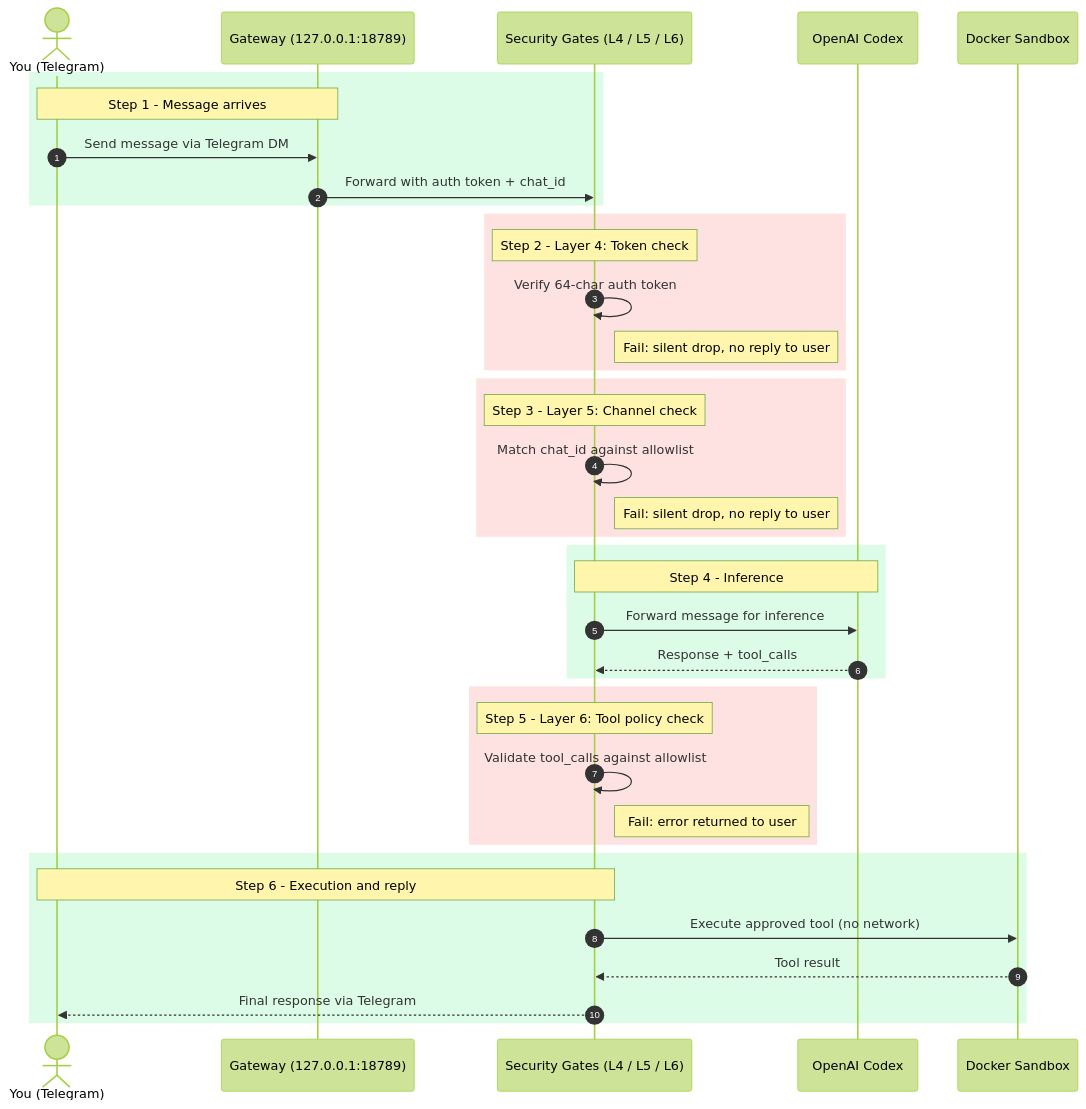
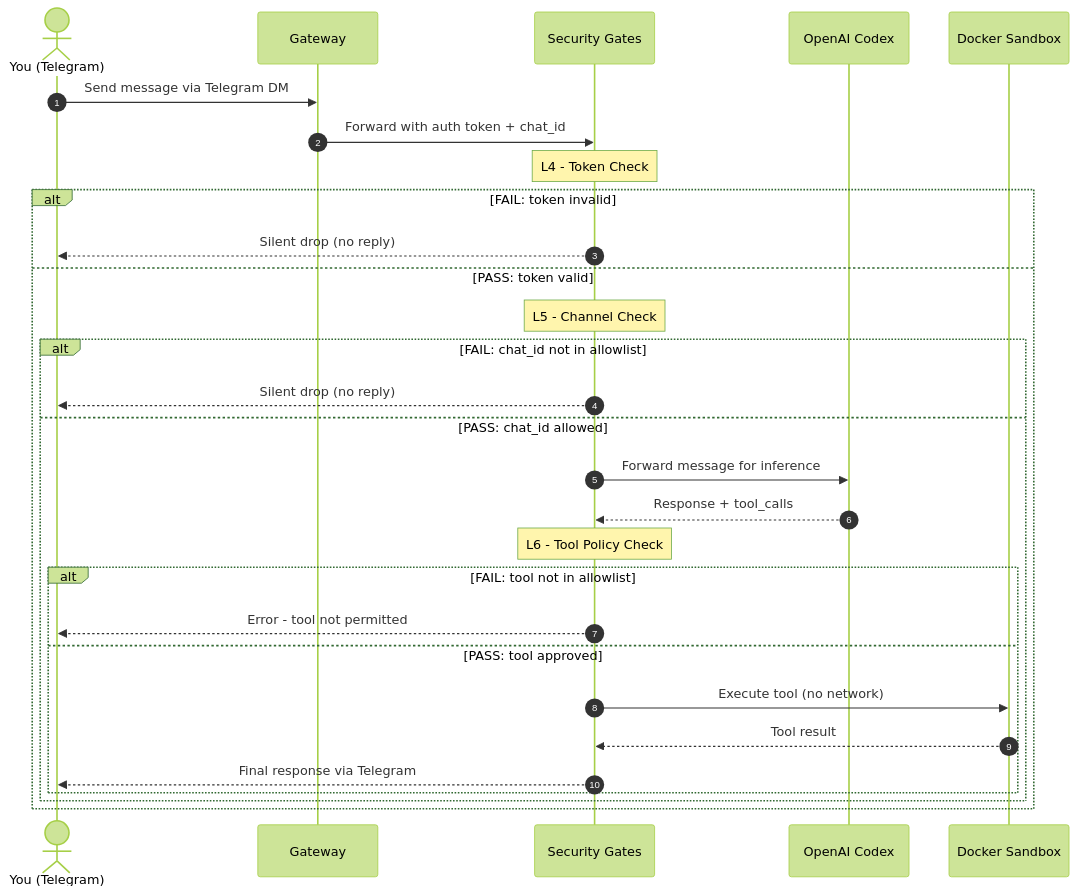
Before and after one commit to vishal8shah/openclaw-personal-ai-agent: the third of 4 diagrams in docs-site/docs/security.md, drawn with Mermaid (forest theme). The commit also changed other lines of this file, not shown here.

Commit message:
docs: fix Diagram 4 - replace unsupported rect fills with explicit PASS/FAIL arrows for MkDocs compatibility

````diff
--- a/docs-site/docs/security.md
+++ b/docs-site/docs/security.md
@@ -177,46 +177,33 @@
 ```mermaid
 sequenceDiagram
     autonumber
     actor User as You (Telegram)
-    participant GW as Gateway (127.0.0.1:18789)
-    participant Gates as Security Gates (L4 / L5 / L6)
+    participant GW as Gateway
+    participant Gates as Security Gates
     participant AI as OpenAI Codex
     participant SB as Docker Sandbox
 
-    rect rgb(220, 252, 231)
-        Note over User,GW: Step 1 - Message arrives
-        User->>GW: Send message via Telegram DM
-        GW->>Gates: Forward with auth token + chat_id
-    end
+    User->>GW: Send message via Telegram DM
+    GW->>Gates: Forward with auth token + chat_id
 
-    rect rgb(254, 226, 226)
-        Note over Gates: Step 2 - Layer 4: Token check
-        Gates->>Gates: Verify 64-char auth token
-        Note right of Gates: Fail: silent drop, no reply to user
-    end
-
-    rect rgb(254, 226, 226)
-        Note over Gates: Step 3 - Layer 5: Channel check
-        Gates->>Gates: Match chat_id against allowlist
-        Note right of Gates: Fail: silent drop, no reply to user
-    end
-
-    rect rgb(220, 252, 231)
-        Note over Gates,AI: Step 4 - Inference
-        Gates->>AI: Forward message for inference
-        AI-->>Gates: Response + tool_calls
-    end
-
-    rect rgb(254, 226, 226)
-        Note over Gates: Step 5 - Layer 6: Tool policy check
-        Gates->>Gates: Validate tool_calls against allowlist
-        Note right of Gates: Fail: error returned to user
-    end
-
-    rect rgb(220, 252, 231)
-        Note over Gates,User: Step 6 - Execution and reply
-        Gates->>SB: Execute approved tool (no network)
-        SB-->>Gates: Tool result
-        Gates-->>User: Final response via Telegram
+    Note over Gates: L4 - Token Check
+    alt FAIL: token invalid
+        Gates-->>User: Silent drop (no reply)
+    else PASS: token valid
+        Note over Gates: L5 - Channel Check
+        alt FAIL: chat_id not in allowlist
+            Gates-->>User: Silent drop (no reply)
+        else PASS: chat_id allowed
+            Gates->>AI: Forward message for inference
+            AI-->>Gates: Response + tool_calls
+            Note over Gates: L6 - Tool Policy Check
+            alt FAIL: tool not in allowlist
+                Gates-->>User: Error - tool not permitted
+            else PASS: tool approved
+                Gates->>SB: Execute tool (no network)
+                SB-->>Gates: Tool result
+                Gates-->>User: Final response via Telegram
+            end
+        end
     end
 ```
````
